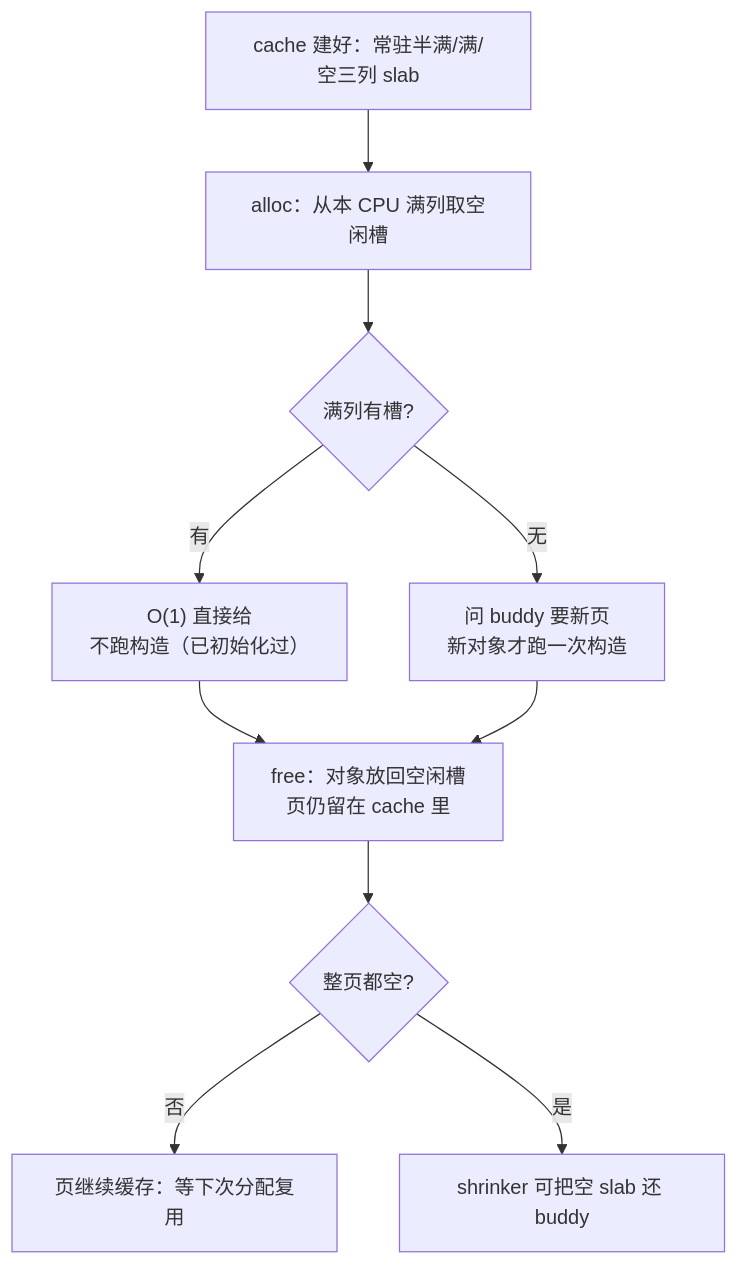
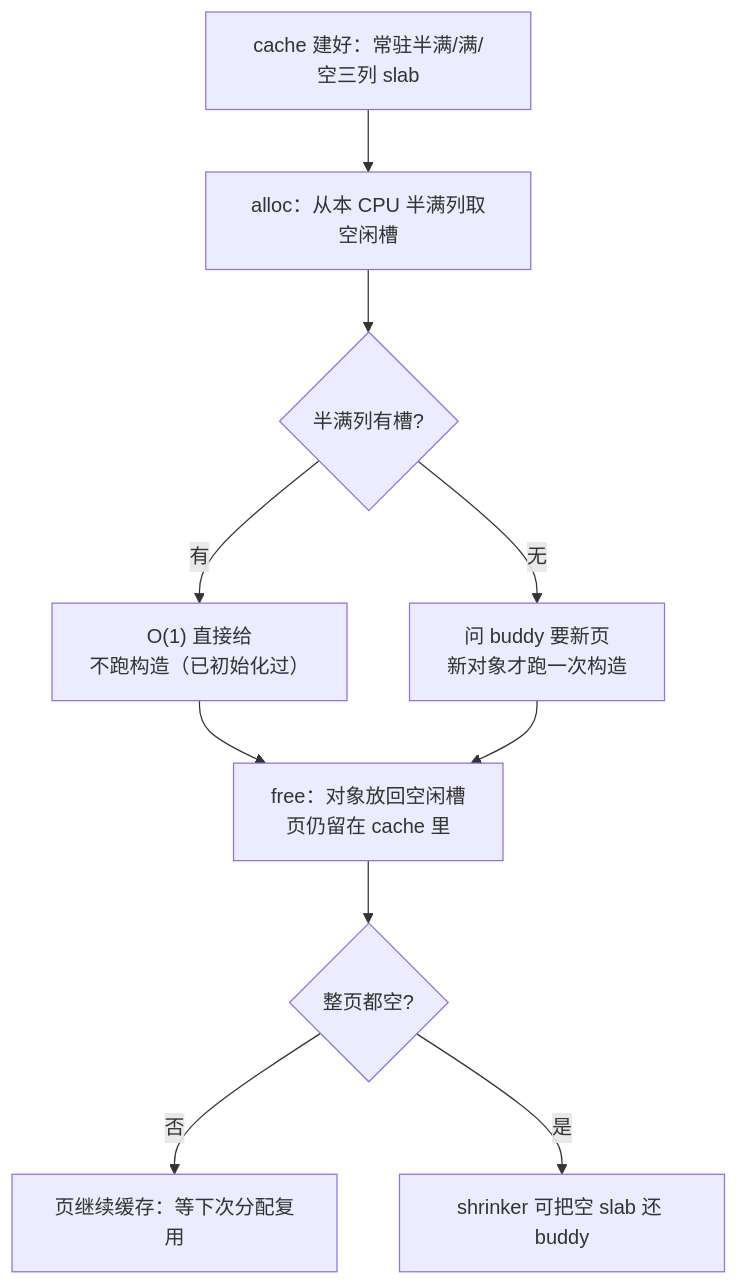
The second of 2 diagrams in docs/cs/slab-allocator.md (xhongduo-tech/xhongduo-tech.github.io), drawn with Mermaid before and after one commit. The commit also changed 7 other files, not shown here.

````diff
--- a/docs/cs/slab-allocator.md
+++ b/docs/cs/slab-allocator.md
@@ -46,12 +46,12 @@
 ```mermaid
 flowchart TD
-  A["cache 建好：常驻半满/满/空三列 slab"] --> B["alloc：从本 CPU 满列取空闲槽"]
-  B --> C{"满列有槽?"}
+  A["cache 建好：常驻半满/满/空三列 slab"] --> B["alloc：从本 CPU 半满列取空闲槽"]
+  B --> C{"半满列有槽?"}
   C -- 有 --> D["O(1) 直接给<br>不跑构造（已初始化过）"]
   C -- 无 --> E["问 buddy 要新页<br>新对象才跑一次构造"]
   D --> F["free：对象放回空闲槽<br>页仍留在 cache 里"]
   E --> F
   F --> G{"整页都空?"}
   G -- 否 --> H["页继续缓存：等下次分配复用"]
   G -- 是 --> I["shrinker 可把空 slab 还 buddy"]
 ```
````
